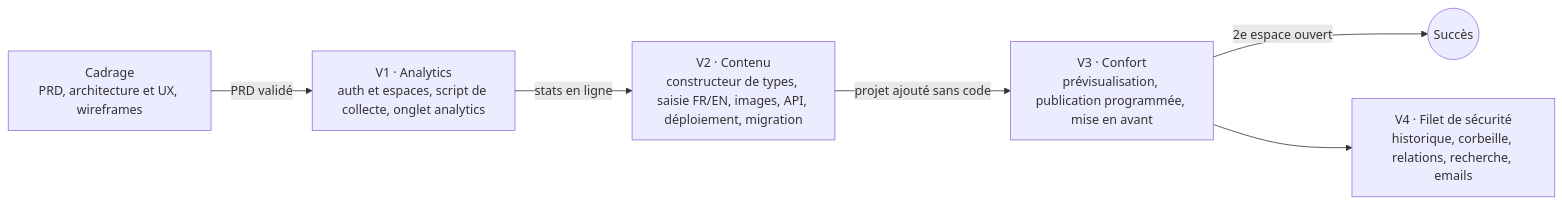
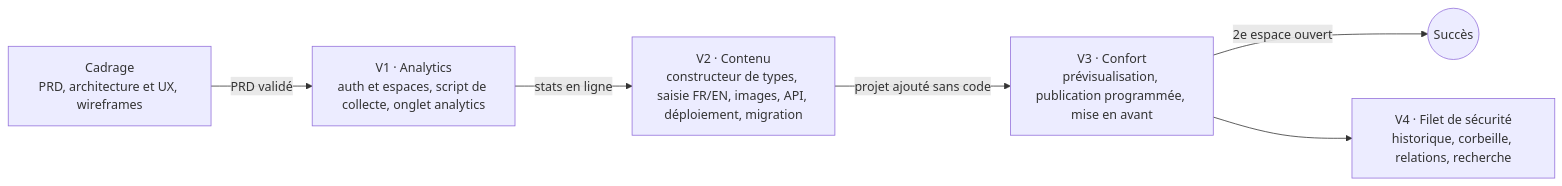
The second of 2 diagrams in docs/01-PRD.md (K0Konut/Headless_CMS), drawn with Mermaid before and after one commit. The commit also changed other lines of this file and 1 other file, not shown here.

Commit message:
docs(prd): retire les emails de la V4

````diff
--- a/docs/01-PRD.md
+++ b/docs/01-PRD.md
@@ -283,8 +276,8 @@
 ```mermaid
 flowchart LR
     C["Cadrage<br/>PRD, architecture et UX, wireframes"] -->|PRD validé| V1["V1 · Analytics<br/>auth et espaces, script de collecte, onglet analytics"]
     V1 -->|stats en ligne| V2["V2 · Contenu<br/>constructeur de types, saisie FR/EN, images, API, déploiement, migration"]
     V2 -->|projet ajouté sans code| V3["V3 · Confort<br/>prévisualisation, publication programmée, mise en avant"]
     V3 -->|2e espace ouvert| F(("Succès"))
-    V3 --> V4["V4 · Filet de sécurité<br/>historique, corbeille, relations, recherche, emails"]
+    V3 --> V4["V4 · Filet de sécurité<br/>historique, corbeille, relations, recherche"]
 ```
````
